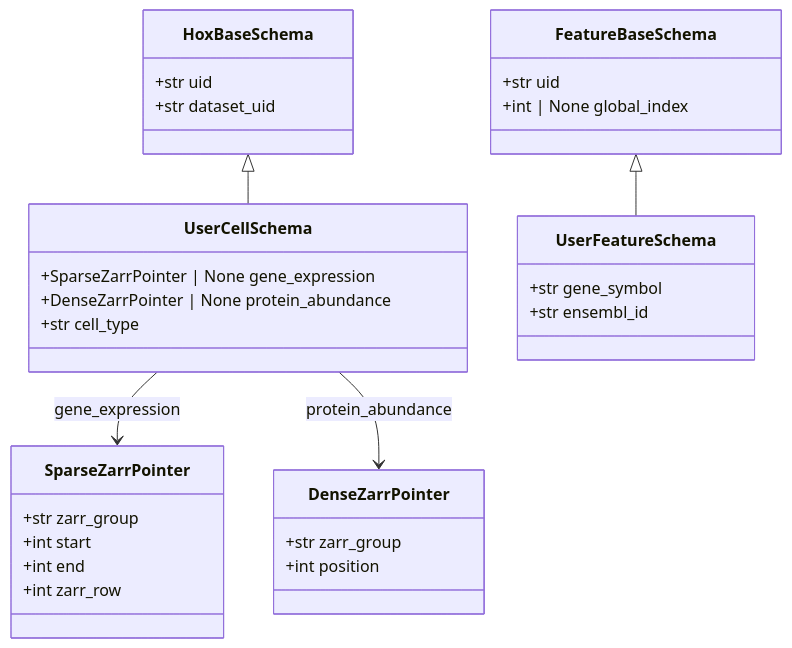
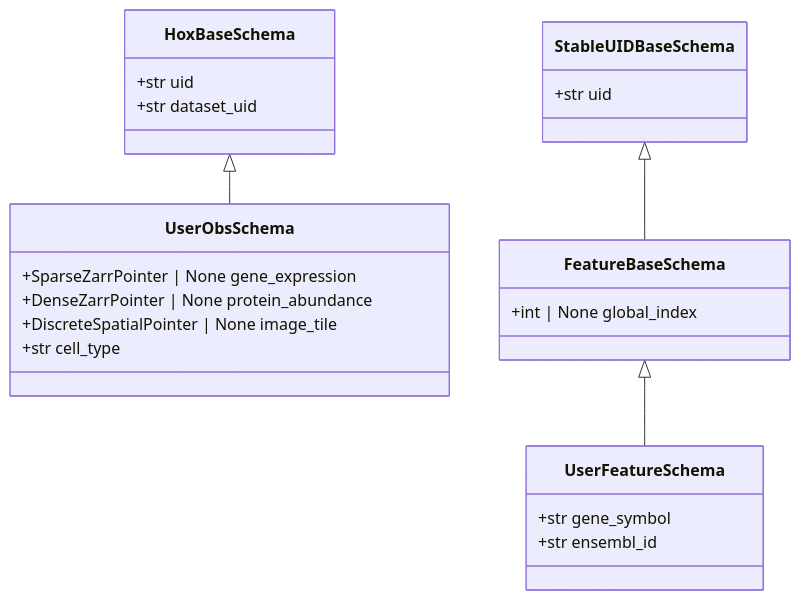
The diagram in docs/schemas.md (epiblastai/homeobox), drawn with Mermaid before and after one commit. The commit also changed other lines of this file and 2 other files, not shown here.

````diff
--- a/docs/schemas.md
+++ b/docs/schemas.md
@@ -23,35 +25,27 @@
 ```mermaid
 classDiagram
     class HoxBaseSchema {
         +str uid
         +str dataset_uid
     }
-    class UserCellSchema {
+    class UserObsSchema {
         +SparseZarrPointer | None gene_expression
         +DenseZarrPointer | None protein_abundance
+        +DiscreteSpatialPointer | None image_tile
         +str cell_type
     }
+    class StableUIDBaseSchema {
+        +str uid
+    }
     class FeatureBaseSchema {
-        +str uid
         +int | None global_index
     }
     class UserFeatureSchema {
         +str gene_symbol
         +str ensembl_id
     }
-    class SparseZarrPointer {
-        +str zarr_group
-        +int start
-        +int end
-        +int zarr_row
-    }
-    class DenseZarrPointer {
-        +str zarr_group
-        +int position
-    }
 
-    HoxBaseSchema <|-- UserCellSchema
+    HoxBaseSchema <|-- UserObsSchema
+    StableUIDBaseSchema <|-- FeatureBaseSchema
     FeatureBaseSchema <|-- UserFeatureSchema
-    UserCellSchema --> SparseZarrPointer : gene_expression
-    UserCellSchema --> DenseZarrPointer : protein_abundance
 ```
````
